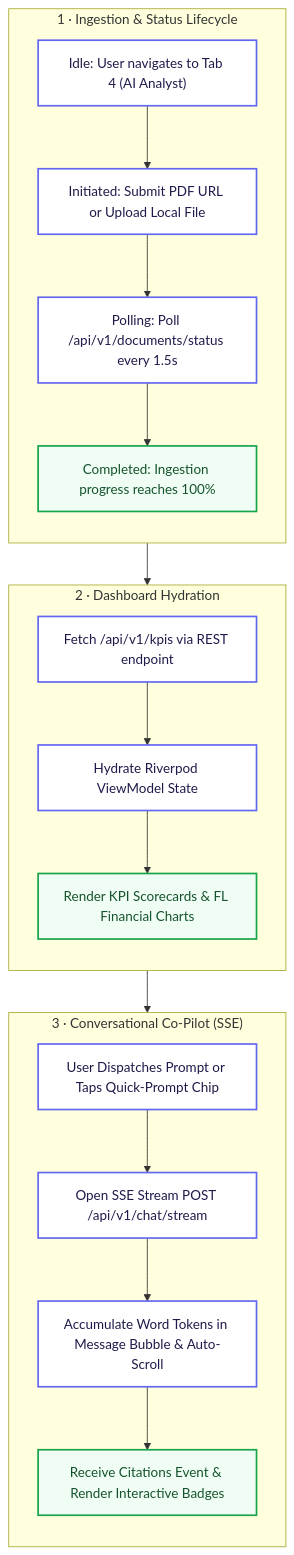
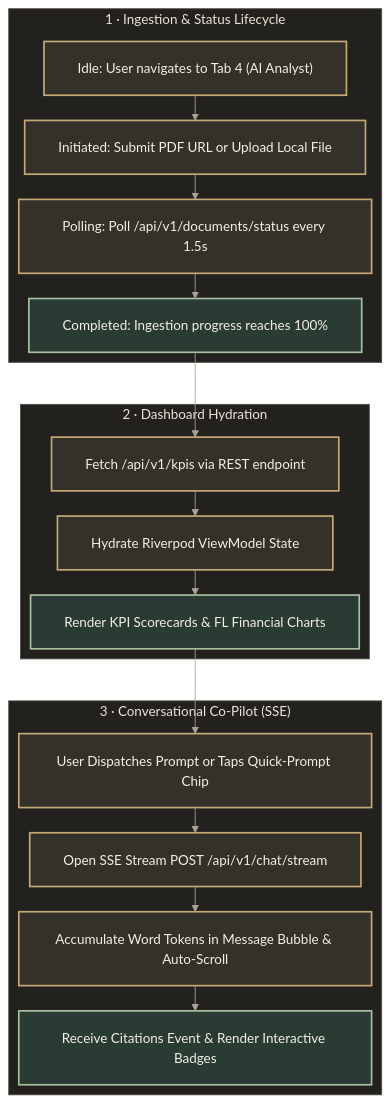
Before and after one commit to tarunkhurana2015/ai-certification-gen-academy: the sixth of 10 diagrams in week2-project-stock-ai-analyzer/ARCHITECTURE.md, drawn with Mermaid. The commit also changed other lines of this file and 22 other files, not shown here.

Commit message:
modified diagrams

````diff
--- a/week2-project-stock-ai-analyzer/ARCHITECTURE.md
+++ b/week2-project-stock-ai-analyzer/ARCHITECTURE.md
@@ -535,36 +619,40 @@
 ```mermaid
+%%{init: {"theme":"base","themeVariables":{"darkMode":true,"background":"#191816","primaryColor":"#34302A","primaryTextColor":"#F4EFE6","primaryBorderColor":"#C6AA76","secondaryColor":"#3C303B","secondaryTextColor":"#F4EFE6","secondaryBorderColor":"#BC9AAF","tertiaryColor":"#293B32","tertiaryTextColor":"#F4EFE6","tertiaryBorderColor":"#99B89B","lineColor":"#AAA294","textColor":"#F4EFE6","mainBkg":"#34302A","clusterBkg":"#22211E","clusterBorder":"#514B41","titleColor":"#ECE3D5","edgeLabelBackground":"#292620","actorBkg":"#34302A","actorBorder":"#C6AA76","actorTextColor":"#F4EFE6","actorLineColor":"#8F8679","signalColor":"#D6BA87","signalTextColor":"#ECE3D5","labelBoxBkgColor":"#3C303B","labelBoxBorderColor":"#BC9AAF","labelTextColor":"#F4EFE6","loopTextColor":"#E0CEDB","noteBkgColor":"#413526","noteTextColor":"#F1DEC0","noteBorderColor":"#D7B77A","activationBkgColor":"#293B32","activationBorderColor":"#99B89B","sequenceNumberColor":"#191816","fontFamily":"Arial, Helvetica, sans-serif","fontSize":"16px"},"themeCSS":"& { background-color: #191816; } .node rect, .node polygon, .node path, .node circle { stroke-width: 1.5px; } .node rect { rx: 9px; ry: 9px; } .cluster rect { rx: 12px; ry: 12px; } .cluster-label span { font-weight: 600; } .edgeLabel { color: #E9DECC; } .flowchart-link { stroke-width: 1.5px; } text, .label, .nodeLabel, .cluster-label, .edgeLabel, foreignObject, p, span { font-family: Arial, Helvetica, sans-serif !important; }","layout":"elk","elk":{"mergeEdges":true,"nodePlacementStrategy":"NETWORK_SIMPLEX","cycleBreakingStrategy":"GREEDY","forceNodeModelOrder":false},"flowchart":{"curve":"linear","nodeSpacing":36,"rankSpacing":64,"padding":20,"wrappingWidth":340,"useMaxWidth":true,"htmlLabels":true}}}%%
 flowchart TD
-    classDef stepNum fill:#4F46E5,stroke:#312E81,stroke-width:2px,color:#FFFFFF,font-weight:bold
-    classDef stateBox fill:#FFFFFF,stroke:#6366F1,stroke-width:2px,color:#1E1B4B
-    classDef subBox fill:#F8FAFC,stroke:#CBD5E1,stroke-width:1px,color:#334155
-    classDef doneBox fill:#F0FDF4,stroke:#16A34A,stroke-width:2px,color:#14532D
+    classDef stepNum fill:#34302A,stroke:#C6AA76,stroke-width:2px,color:#F4EFE6,font-weight:bold
+    classDef stateBox fill:#34302A,stroke:#C6AA76,stroke-width:2px,color:#F4EFE6
+    classDef subBox fill:#292621,stroke:#8F8679,stroke-width:1px,color:#F4EFE6
+    classDef doneBox fill:#293B32,stroke:#A8C0A0,stroke-width:2px,color:#F4EFE6
 
     subgraph Phase1["1 · Ingestion & Status Lifecycle"]
         direction TB
         S1["Idle: User navigates to Tab 4 (AI Analyst)"]:::stateBox
         S2["Initiated: Submit PDF URL or Upload Local File"]:::stateBox
         S3["Polling: Poll /api/v1/documents/status every 1.5s"]:::stateBox
         S4["Completed: Ingestion progress reaches 100%"]:::doneBox
         S1 --> S2 --> S3 --> S4
     end
 
     subgraph Phase2["2 · Dashboard Hydration"]
         direction TB
         D1["Fetch /api/v1/kpis via REST endpoint"]:::stateBox
         D2["Hydrate Riverpod ViewModel State"]:::stateBox
         D3["Render KPI Scorecards & FL Financial Charts"]:::doneBox
         D1 --> D2 --> D3
     end
 
     subgraph Phase3["3 · Conversational Co-Pilot (SSE)"]
         direction TB
         C1["User Dispatches Prompt or Taps Quick-Prompt Chip"]:::stateBox
         C2["Open SSE Stream POST /api/v1/chat/stream"]:::stateBox
         C3["Accumulate Word Tokens in Message Bubble & Auto-Scroll"]:::stateBox
         C4["Receive Citations Event & Render Interactive Badges"]:::doneBox
         C1 --> C2 --> C3 --> C4
     end
 
     S4 --> D1
     D3 --> C1
+
+    classDef default fill:#34302A,stroke:#C6AA76,color:#F4EFE6
+    linkStyle default stroke:#AAA294
 ```
````
